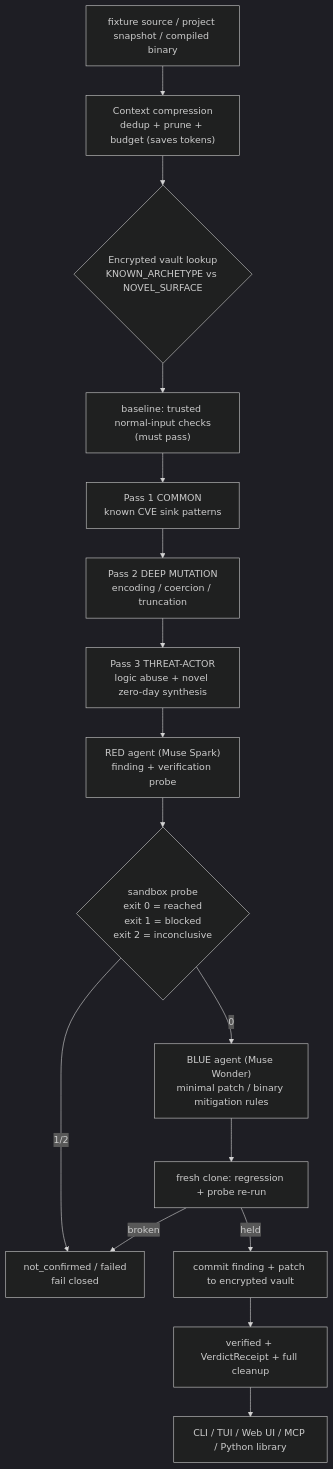
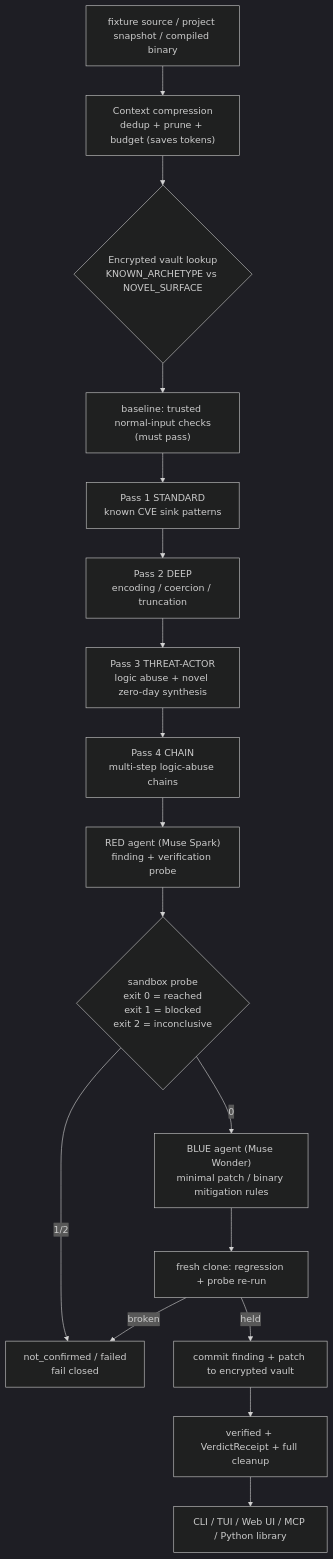
Before and after one commit to hackall360/Secure-Mitigation-System: the first of 2 diagrams in README.md, drawn with Mermaid (dark theme). The commit also changed other lines of this file and 4 other files, not shown here.

````diff
--- a/README.md
+++ b/README.md
@@ -29,18 +35,19 @@
 ```mermaid
 flowchart TD
     SRC["fixture source / project snapshot / compiled binary"] --> CMP["Context compression<br/>dedup + prune + budget (saves tokens)"]
     CMP --> VLT{"Encrypted vault lookup<br/>KNOWN_ARCHETYPE vs NOVEL_SURFACE"}
     VLT --> BASE["baseline: trusted normal-input checks<br/>(must pass)"]
-    BASE --> P1["Pass 1 COMMON<br/>known CVE sink patterns"]
-    P1 --> P2["Pass 2 DEEP MUTATION<br/>encoding / coercion / truncation"]
+    BASE --> P1["Pass 1 STANDARD<br/>known CVE sink patterns"]
+    P1 --> P2["Pass 2 DEEP<br/>encoding / coercion / truncation"]
     P2 --> P3["Pass 3 THREAT-ACTOR<br/>logic abuse + novel zero-day synthesis"]
-    P3 --> RED["RED agent (Muse Spark)<br/>finding + verification probe"]
+    P3 --> P4["Pass 4 CHAIN<br/>multi-step logic-abuse chains"]
+    P4 --> RED["RED agent (Muse Spark)<br/>finding + verification probe"]
     RED --> PROBE{"sandbox probe<br/>exit 0 = reached<br/>exit 1 = blocked<br/>exit 2 = inconclusive"}
     PROBE -- 0 --> BLUE["BLUE agent (Muse Wonder)<br/>minimal patch / binary mitigation rules"]
     PROBE -- 1/2 --> FAIL["not_confirmed / failed<br/>fail closed"]
     BLUE --> REG["fresh clone: regression + probe re-run"]
     REG -- "held" --> COM["commit finding + patch to encrypted vault"]
     COM --> VERIFIED["verified + VerdictReceipt + full cleanup"]
     REG -- "broken" --> FAIL
     VERIFIED --> SURF["CLI / TUI / Web UI / MCP / Python library"]
 ```
````
